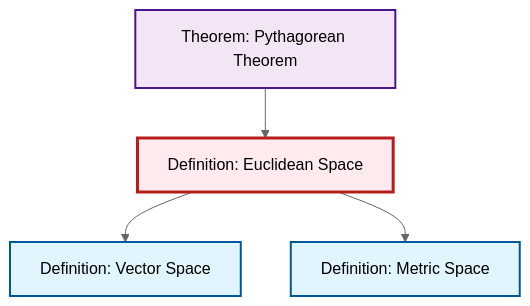
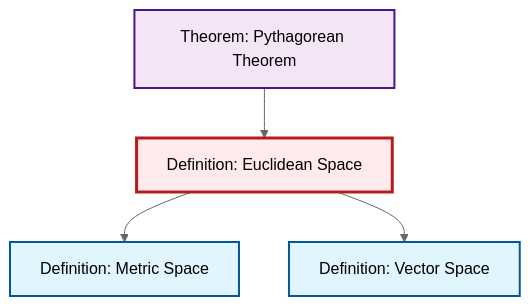
The second of 2 diagrams in content/en/geometry/def-euclidean-space.qmd (RK0429/ModernMath), drawn with Mermaid (neutral theme) before and after one commit. The commit also changed other lines of this file and 497 other files, not shown here.

````diff
--- a/content/en/geometry/def-euclidean-space.qmd
+++ b/content/en/geometry/def-euclidean-space.qmd
@@ -67,20 +67,20 @@
 ```{mermaid}
 %%| fig-cap: "Local dependency graph"
 graph TD
     classDef definition fill:#e1f5fe,stroke:#01579b,stroke-width:2px
     classDef theorem fill:#f3e5f5,stroke:#4a148c,stroke-width:2px
     classDef axiom fill:#fff3e0,stroke:#e65100,stroke-width:2px
     classDef example fill:#e8f5e9,stroke:#1b5e20,stroke-width:2px
     classDef current fill:#ffebee,stroke:#b71c1c,stroke-width:3px
+    def-euclidean-space["Definition: Euclidean Space"]:::definition
+    thm-pythagorean["Theorem: Pythagorean Theorem"]:::theorem
     def-metric-space["Definition: Metric Space"]:::definition
-    thm-pythagorean["Theorem: Pythagorean Theorem"]:::theorem
     def-vector-space["Definition: Vector Space"]:::definition
-    def-euclidean-space["Definition: Euclidean Space"]:::definition
+    thm-pythagorean --> def-euclidean-space
+    def-euclidean-space --> def-metric-space
     def-euclidean-space --> def-vector-space
-    def-euclidean-space --> def-metric-space
-    thm-pythagorean --> def-euclidean-space
     class def-euclidean-space current
+    click thm-pythagorean "thm-pythagorean.html" "Go to Pythagorean Theorem theorem"
     click def-metric-space "def-metric-space.html" "Go to Metric Space definition"
-    click thm-pythagorean "thm-pythagorean.html" "Go to Pythagorean Theorem theorem"
     click def-vector-space "def-vector-space.html" "Go to Vector Space definition"
 ```
````
